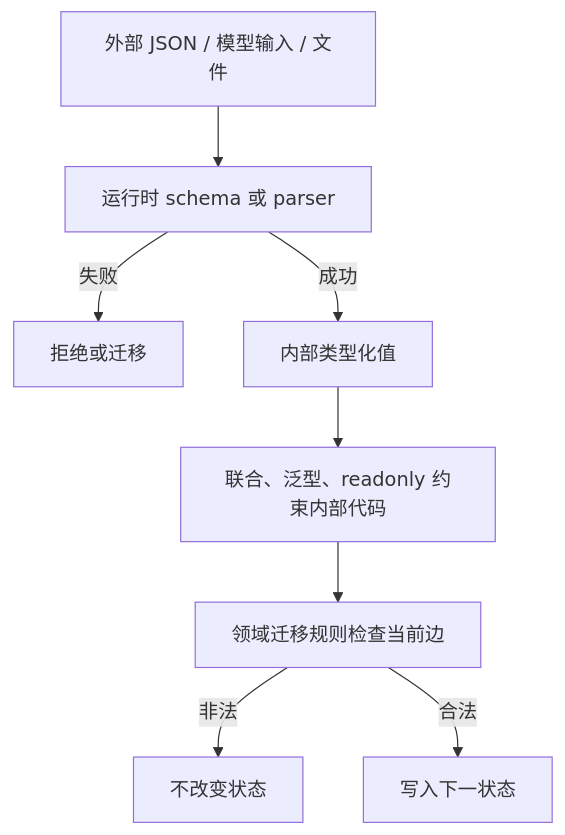
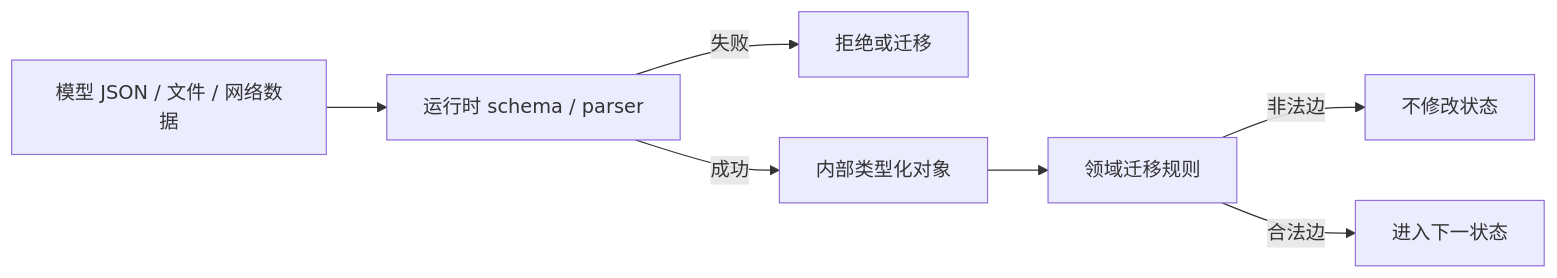
One commit to bai201928/claude-code-source-course changed the third of 13 diagrams in curriculum/units/M01/final.md. Above: the diagram before and after it, drawn with Mermaid. The commit also changed other lines of this file, not shown here.

````diff
--- a/curriculum/units/M01/final.md
+++ b/curriculum/units/M01/final.md
@@ -133,10 +291,9 @@
 ```mermaid
-flowchart TD
-  RAW["外部 JSON / 模型输入 / 文件"] --> VALIDATE["运行时 schema 或 parser"]
+flowchart LR
+  RAW["模型 JSON / 文件 / 网络数据"] --> VALIDATE["运行时 schema / parser"]
   VALIDATE -->|"失败"| REJECT["拒绝或迁移"]
-  VALIDATE -->|"成功"| TYPED["内部类型化值"]
-  TYPED --> BRANCH["联合、泛型、readonly 约束内部代码"]
-  BRANCH --> TRANSITION["领域迁移规则检查当前边"]
-  TRANSITION -->|"非法"| STOP["不改变状态"]
-  TRANSITION -->|"合法"| NEXT["写入下一状态"]
+  VALIDATE -->|"成功"| TYPE["内部类型化对象"]
+  TYPE --> TRANSITION["领域迁移规则"]
+  TRANSITION -->|"非法边"| STOP["不修改状态"]
+  TRANSITION -->|"合法边"| NEXT["进入下一状态"]
 ```
````
